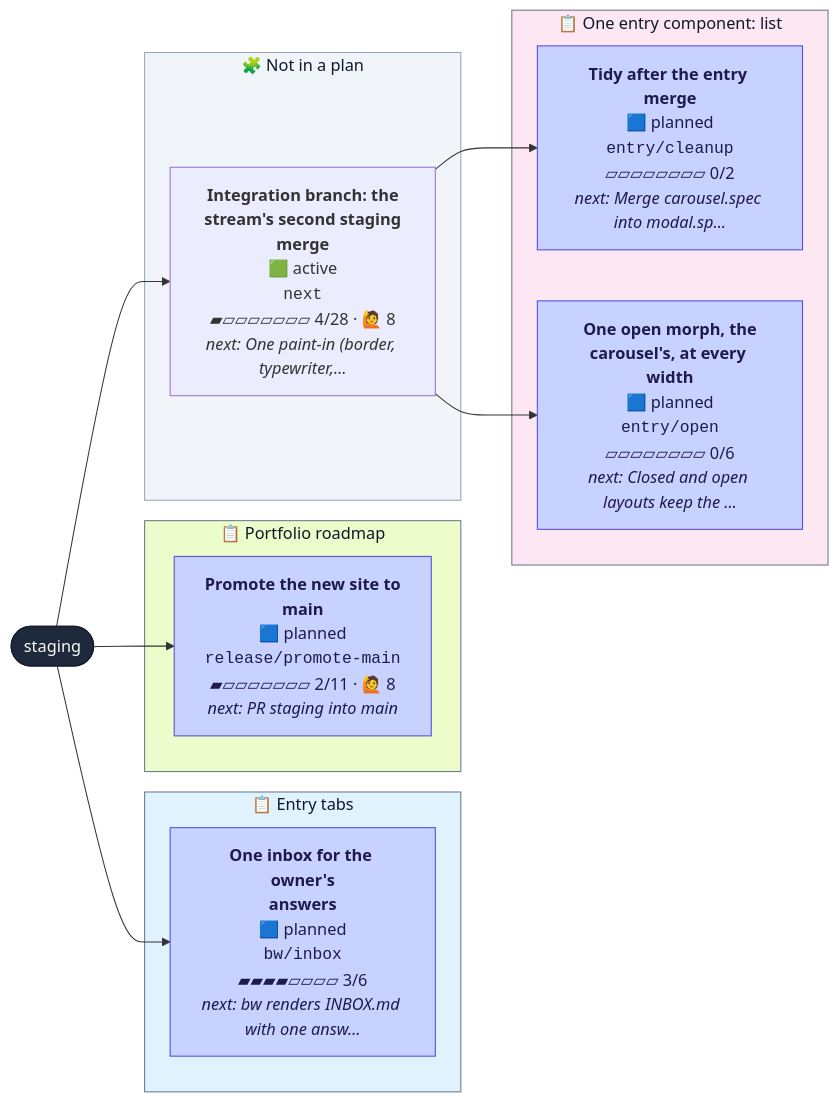
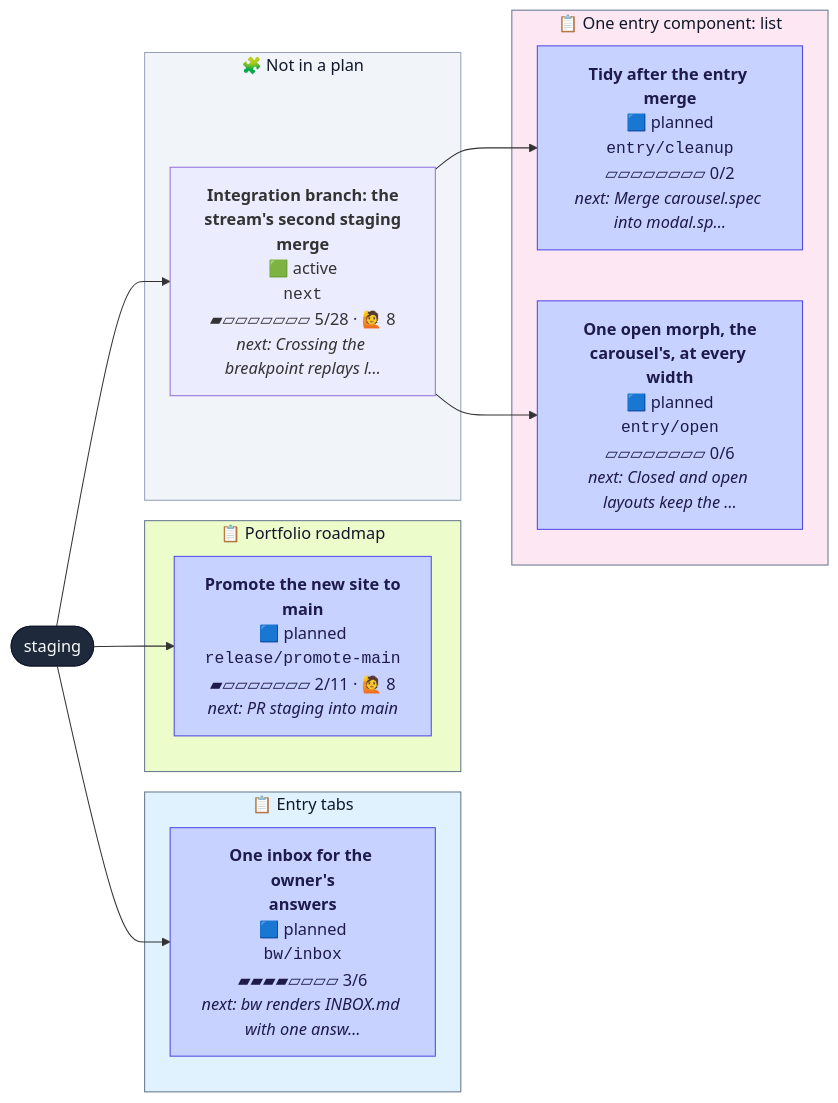
The diagram in CONTRIBUTING.md (henryjonescodes/portfolio), drawn with Mermaid before and after one commit. The commit also changed other lines of this file, not shown here.

````diff
--- a/CONTRIBUTING.md
+++ b/CONTRIBUTING.md
@@ -16,38 +16,38 @@
 ```mermaid
 flowchart LR
   n_staging([staging])
   class n_staging trunk
   subgraph plan_0["📋 Entry tabs"]
     n_bw_inbox["<b>One inbox for the owner's<br/>answers</b><br/>🟦 planned<br/><code>bw/inbox</code><br/>▰▰▰▰▱▱▱▱ 3/6<br/><i>next: bw renders INBOX.md with one answ…</i>"]
     class n_bw_inbox planned
   end
   style plan_0 fill:#e0f2fe,stroke:#64748b,color:#0f172a
   subgraph plan_1["📋 One entry component: list"]
     n_entry_cleanup["<b>Tidy after the entry merge</b><br/>🟦 planned<br/><code>entry/cleanup</code><br/>▱▱▱▱▱▱▱▱ 0/2<br/><i>next: Merge carousel.spec into modal.sp…</i>"]
     class n_entry_cleanup planned
     n_entry_open["<b>One open morph, the<br/>carousel's, at every width</b><br/>🟦 planned<br/><code>entry/open</code><br/>▱▱▱▱▱▱▱▱ 0/6<br/><i>next: Closed and open layouts keep the …</i>"]
     class n_entry_open planned
   end
   style plan_1 fill:#fce7f3,stroke:#64748b,color:#0f172a
   subgraph plan_2["📋 Portfolio roadmap"]
     n_release_promote_main["<b>Promote the new site to<br/>main</b><br/>🟦 planned<br/><code>release/promote-main</code><br/>▰▱▱▱▱▱▱▱ 2/11 · 🙋 8<br/><i>next: PR staging into main</i>"]
     class n_release_promote_main planned
   end
   style plan_2 fill:#ecfccb,stroke:#64748b,color:#0f172a
   subgraph loose["🧩 Not in a plan"]
-    n_next["<b>Integration branch: the<br/>stream's second staging<br/>merge</b><br/>🟩 active<br/><code>next</code><br/>▰▱▱▱▱▱▱▱ 4/28 · 🙋 8<br/><i>next: One paint-in (border, typewriter,…</i>"]
+    n_next["<b>Integration branch: the<br/>stream's second staging<br/>merge</b><br/>🟩 active<br/><code>next</code><br/>▰▱▱▱▱▱▱▱ 5/28 · 🙋 8<br/><i>next: Crossing the breakpoint replays l…</i>"]
     class n_next active,current
   end
   style loose fill:#f1f5f9,stroke:#94a3b8,color:#0f172a
   n_staging --> n_bw_inbox
   n_next --> n_entry_cleanup
   n_next --> n_entry_open
   n_staging --> n_next
   n_staging --> n_release_promote_main
   classDef planned fill:#c7d2fe,stroke:#4f46e5,color:#1e1b4b
   classDef active fill:#bbf7d0,stroke:#16a34a,stroke-width:3px,color:#052e16
   classDef review fill:#fde68a,stroke:#d97706,stroke-width:3px,color:#451a03
   classDef blocked fill:#fecaca,stroke:#dc2626,stroke-width:3px,color:#450a0a
   classDef trunk fill:#1e293b,stroke:#0f172a,color:#f8fafc
   classDef current stroke:#0ea5e9,stroke-width:5px
 ```
````
